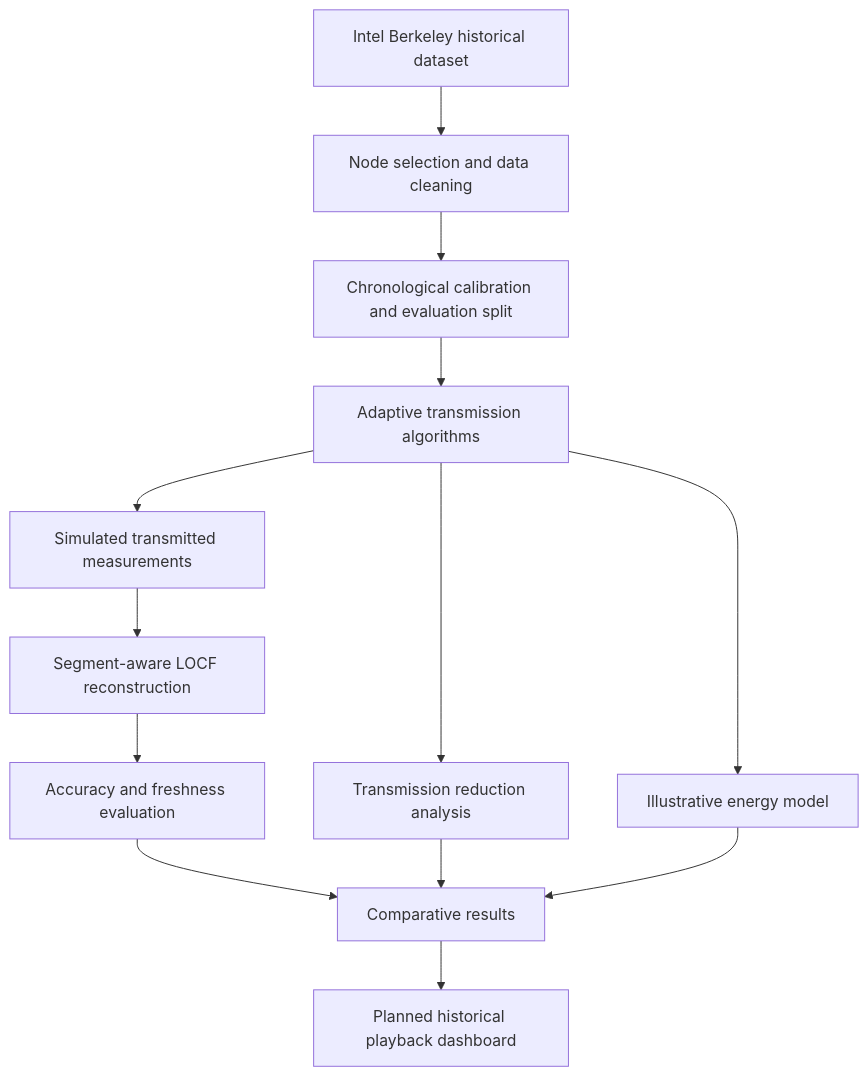
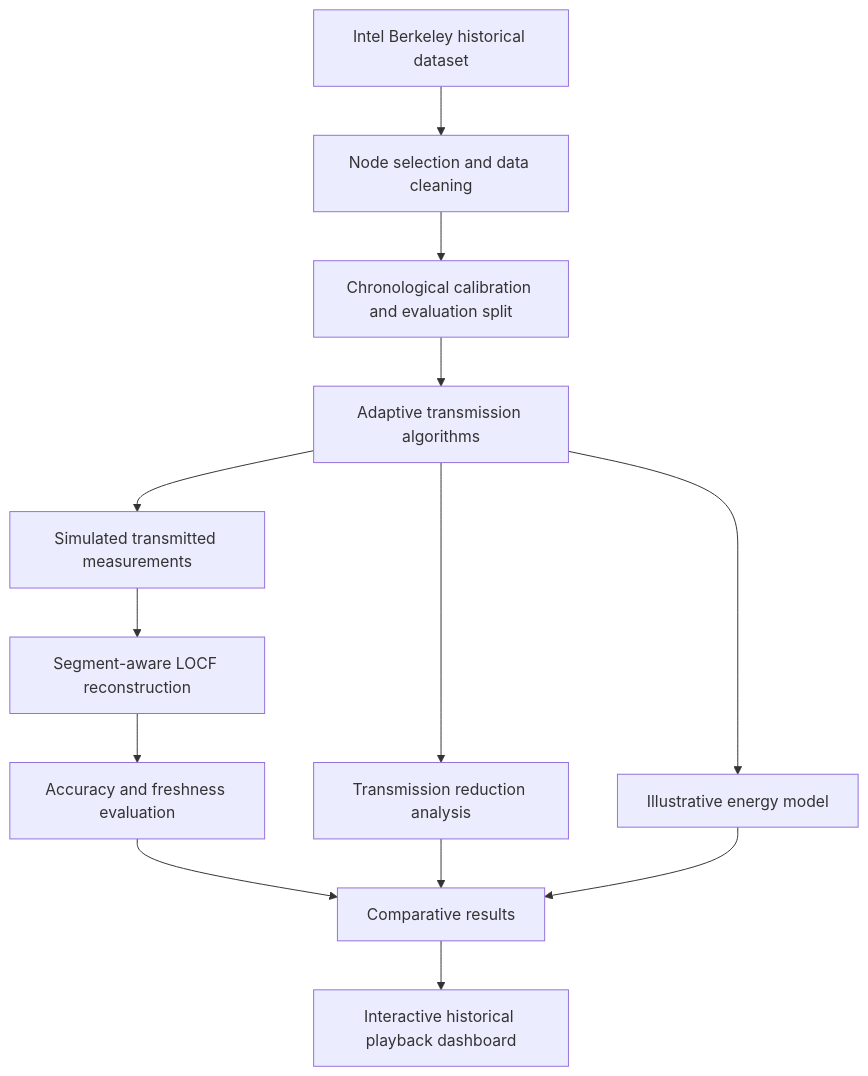
Before and after one commit to Sravan05nani/Energy-Aware-Adaptive-IoT: the diagram in README.md, drawn with Mermaid. The commit also changed other lines of this file and 28 other files, not shown here.

````diff
--- a/README.md
+++ b/README.md
@@ -62,15 +62,15 @@
 ```mermaid
 flowchart TD
     A[Intel Berkeley historical dataset] --> B[Node selection and data cleaning]
     B --> C[Chronological calibration and evaluation split]
     C --> D[Adaptive transmission algorithms]
     D --> E[Simulated transmitted measurements]
     E --> F[Segment-aware LOCF reconstruction]
     F --> G[Accuracy and freshness evaluation]
     D --> H[Transmission reduction analysis]
     D --> I[Illustrative energy model]
     G --> J[Comparative results]
     H --> J
     I --> J
-    J --> K[Planned historical playback dashboard]
+    J --> K[Interactive historical playback dashboard]
 ```
````
